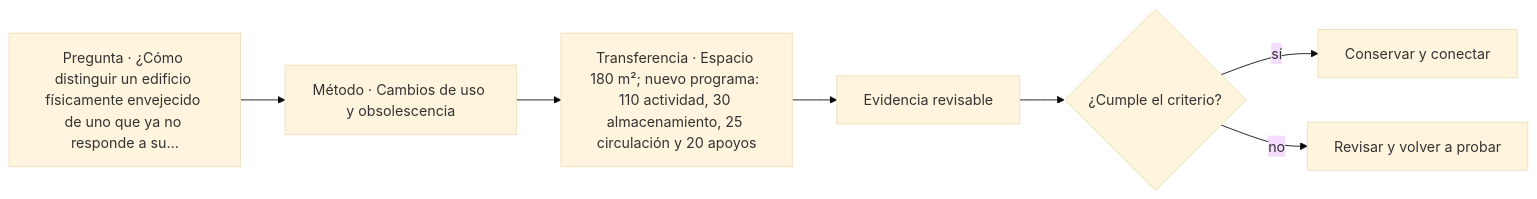
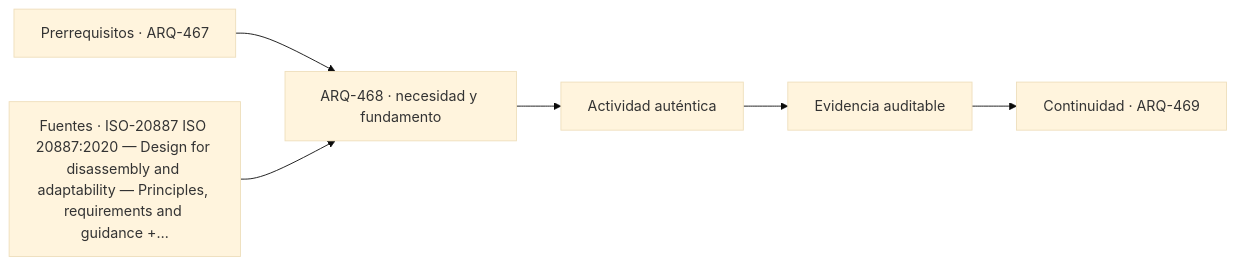
One commit to vladimiracunadev-create/architecture-built-environment-learning-program changed the diagram in classes/parte-47/ARQ-468.md. Above: the diagram before and after it, drawn with Mermaid (base theme). The commit also changed other lines of this file and 761 other files, not shown here.

````diff
--- a/classes/parte-47/ARQ-468.md
+++ b/classes/parte-47/ARQ-468.md
@@ -75,9 +87,8 @@
 ```mermaid
 flowchart LR
-    Q["Pregunta · ¿Cómo distinguir un edificio físicamente envejecido de uno que ya no responde a su…"] --> M["Método · Cambios de uso y obsolescencia"]
-    M --> P["Transferencia · Espacio 180 m²; nuevo programa: 110 actividad, 30 almacenamiento, 25 circulación y 20 apoyos"]
-    P --> E["Evidencia revisable"]
-    E --> C{"¿Cumple el criterio?"}
-    C -->|sí| T["Conservar y conectar"]
-    C -->|no| R["Revisar y volver a probar"]
+    A["Prerrequisitos · ARQ-467"] --> B["ARQ-468 · necesidad y fundamento"]
+    S["Fuentes · ISO-20887 ISO 20887:2020 — Design for disassembly and adaptability — Principles, requirements and guidance +…"] --> B
+    B --> C["Actividad auténtica"]
+    C --> D["Evidencia auditable"]
+    D --> E["Continuidad · ARQ-469"]
 ```
````
